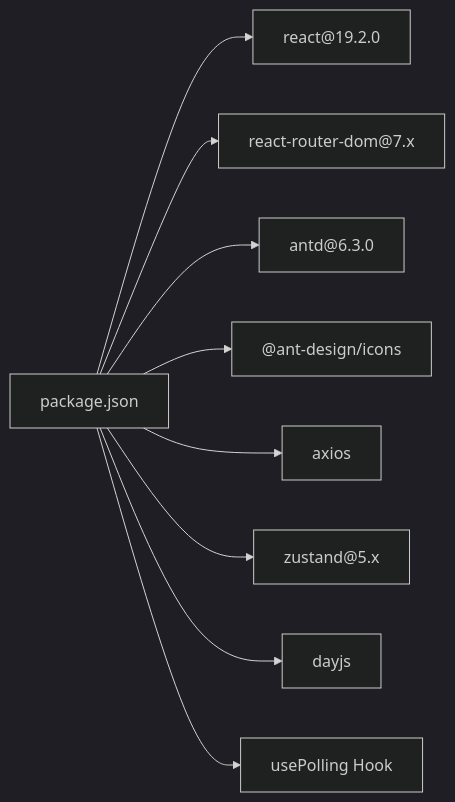
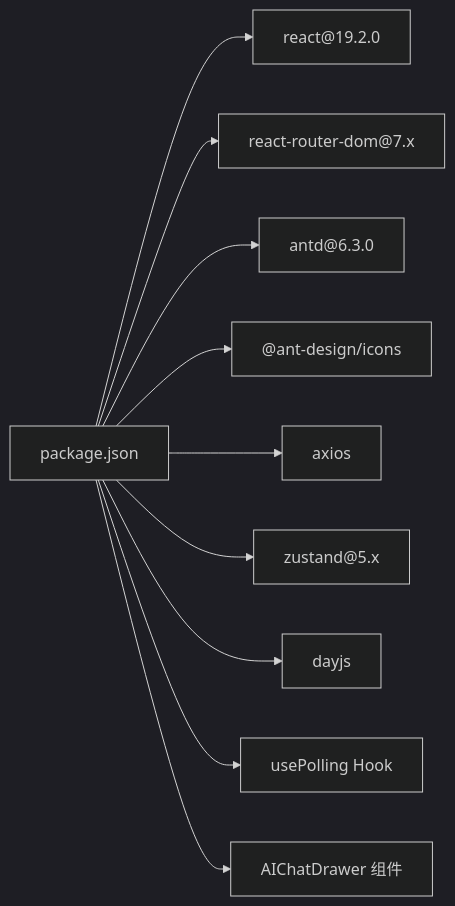
Before and after one commit to xfbyxq/ai-novel-system: the eighth of 8 diagrams in .qoder/repowiki/zh/content/前端架构/前端架构.md, drawn with Mermaid (dark theme). The commit also changed other lines of this file and 13 other files, not shown here.

````diff
--- a/.qoder/repowiki/zh/content/前端架构/前端架构.md
+++ b/.qoder/repowiki/zh/content/前端架构/前端架构.md
@@ -577,11 +594,12 @@
 ```mermaid
 graph LR
 Pkg["package.json"] --> React["react@19.2.0"]
 Pkg --> Router["react-router-dom@7.x"]
 Pkg --> Antd["antd@6.3.0"]
 Pkg --> Icons["@ant-design/icons"]
 Pkg --> Axios["axios"]
 Pkg --> Zustand["zustand@5.x"]
 Pkg --> Dayjs["dayjs"]
 Pkg --> Hook["usePolling Hook"]
+Pkg --> AIC["AIChatDrawer 组件"]
 ```
````
